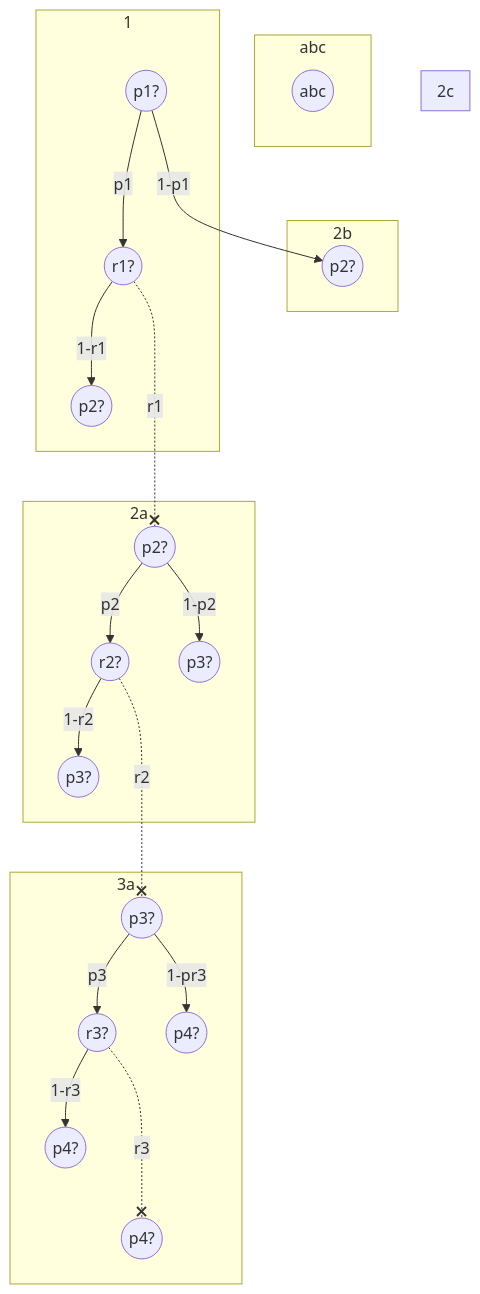
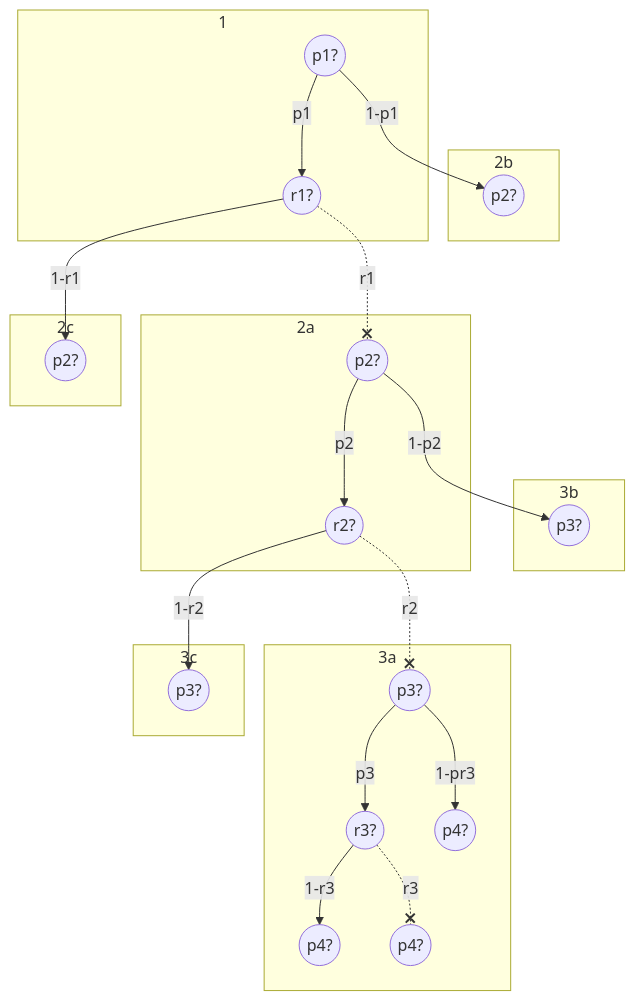
The fourth of 5 diagrams in vault/sem2/AuW/UE/cx/bf/cx07-bf.md (bfeitknecht/vault), drawn with Mermaid before and after one commit. The commit also changed other lines of this file and 2 other files, not shown here.

Commit message:
vault backup: 2024-05-05 19:47:51 from MacBook Pro (echo)
Affected files:
vault/.obsidian/appearance.json
vault/.obsidian/workspace.json
vault/sem2/AuW/UE/cx/bf/cx07-bf.md

````diff
--- a/vault/sem2/AuW/UE/cx/bf/cx07-bf.md
+++ b/vault/sem2/AuW/UE/cx/bf/cx07-bf.md
@@ -133,67 +133,65 @@
 ```mermaid
 flowchart TD
 
 
 
 
 
 subgraph 3a
+id9((p3?))
 id10((r3?))
 
 id11((p4?))
 id12((p4?))
 id13((p4?))
 
 id9-->|"1-pr3"|id11
 id9-->|"p3"|id10
 id10-->|"1-r3"|id12
-id10-..-x|"r3"|id13
+id10-.-x|"r3"|id13
+end
+
+subgraph 3b
+id7((p3?))
+end
+
+subgraph 3c
+id8((p3?))
 end
 
 
 
 
 subgraph 2a
+id5((p2?))
 id6((r2?))
-
-id7((p3?))
-id8((p3?))
-id9((p3?))
 
 id5-->|"1-p2"|id7
 id5-->|"p2"|id6
 id6-->|"1-r2"|id8
-id6-..-x|"r2"|id9
+id6-.-x|"r2"|id9
 end
-
 
 subgraph 2b
 id3((p2?))
 end
 
 subgraph 2c
-
+id4((p2?))
 end
 
 
 
 subgraph 1
 id1((p1?))
 id2((r1?))
 
-
-id4((p2?))
-id5((p2?))
-
 id1-->|"1-p1"|id3
 id1-->|"p1"|id2
 id2-->|"1-r1"|id4
-id2-..-x|"r1"|id5
+id2-.-x|"r1"|id5
 end
 
-subgraph abc
-id55((abc))
 
-end
 
 ```
````
